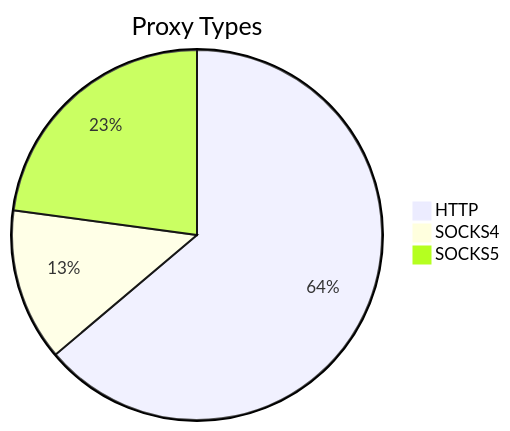
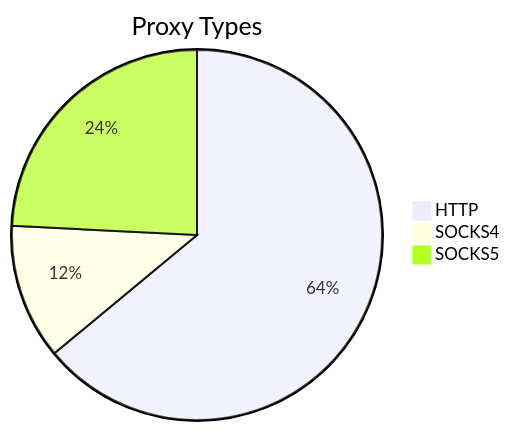
Before and after one commit to stormsia/proxy-list: the first of 2 diagrams in README.md, drawn with Mermaid. The commit also changed other lines of this file, not shown here.

````diff
--- a/README.md
+++ b/README.md
@@ -21,6 +21,6 @@
 ```mermaid
 pie title Proxy Types
-    "HTTP" : 240
-    "SOCKS4" : 50
-    "SOCKS5" : 86
+    "HTTP" : 222
+    "SOCKS4" : 41
+    "SOCKS5" : 84
 ```
````
